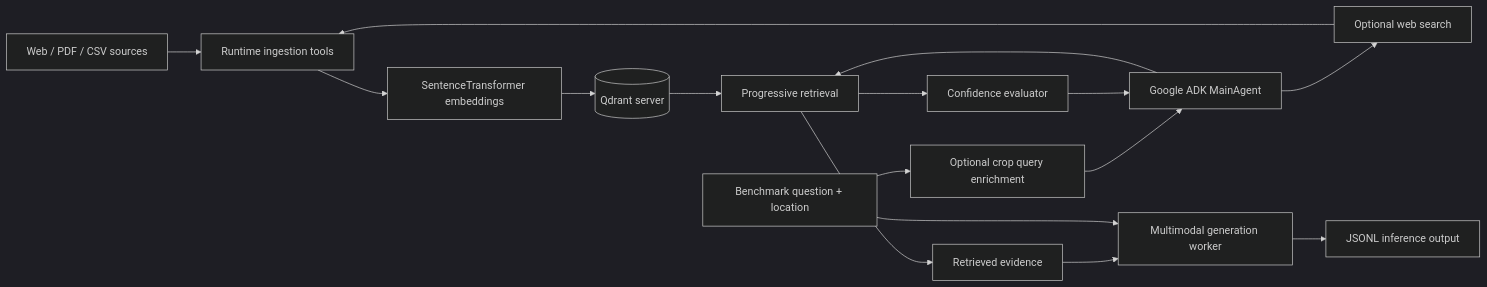
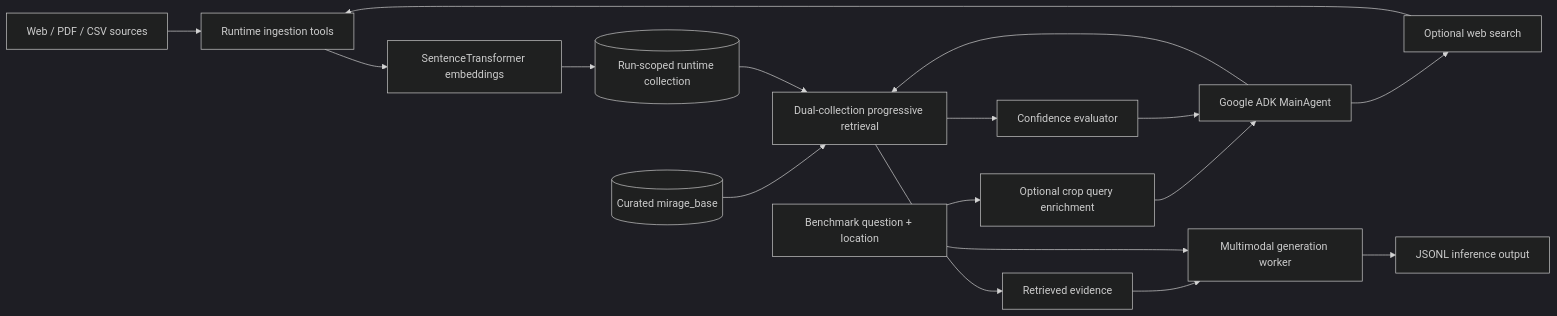
Before and after one commit to shashanksp04/MIRAGE-RAG: the first of 3 diagrams in analysis.md, drawn with Mermaid (dark theme). The commit also changed other lines of this file and 4 other files, not shown here.

Commit message:
Update inference runtime architecture and confidence handling

````diff
--- a/analysis.md
+++ b/analysis.md
@@ -46,18 +48,19 @@
 ```mermaid
 flowchart LR
     Sources[Web / PDF / CSV sources] --> RuntimeIngest[Runtime ingestion tools]
     RuntimeIngest --> Embed[SentenceTransformer embeddings]
-    Embed --> Qdrant[(Qdrant server)]
-    Qdrant --> Retrieve[Progressive retrieval]
+    Embed --> Runtime[(Run-scoped runtime collection)]
+    Base[(Curated mirage_base)] --> Retrieve[Dual-collection progressive retrieval]
+    Runtime --> Retrieve
     Query[Benchmark question + location] --> Enrich[Optional crop query enrichment]
     Enrich --> Agent[Google ADK MainAgent]
     Agent --> Retrieve
     Retrieve --> Confidence[Confidence evaluator]
     Confidence --> Agent
     Agent --> WebSearch[Optional web search]
     WebSearch --> RuntimeIngest
     Retrieve --> Context[Retrieved evidence]
     Context --> Generate[Multimodal generation worker]
     Query --> Generate
     Generate --> Output[JSONL inference output]
 ```
````
